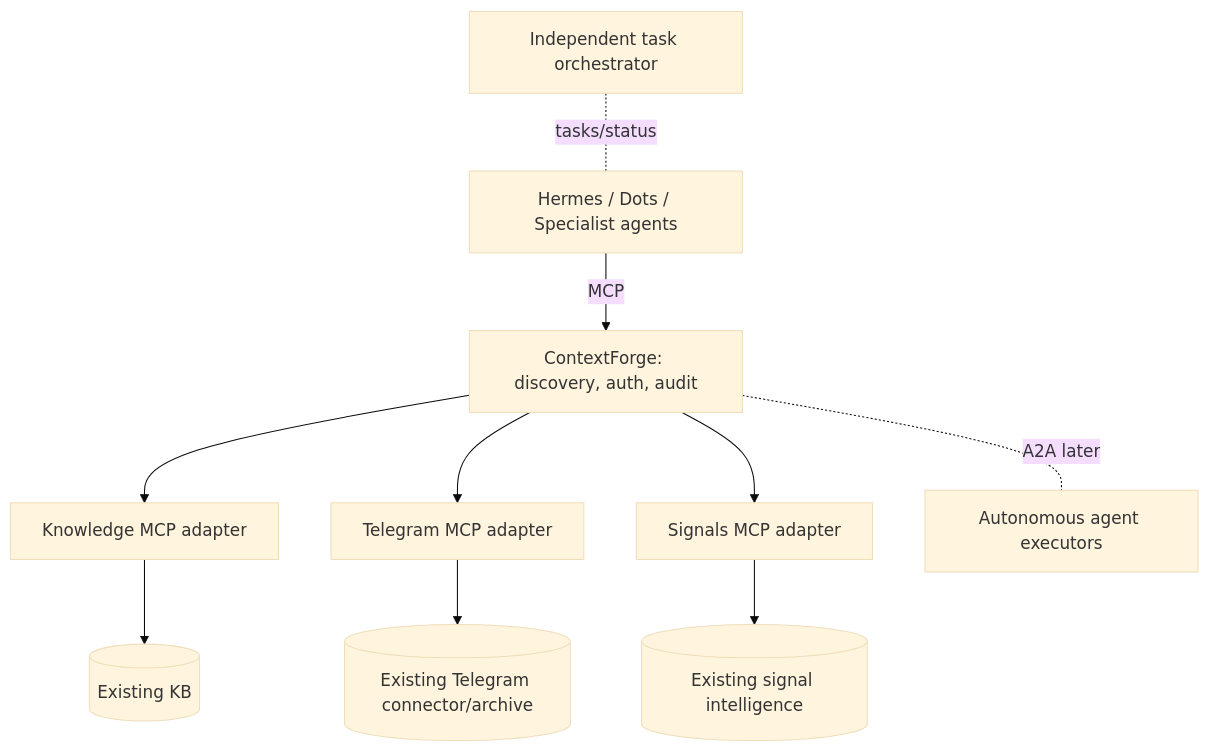
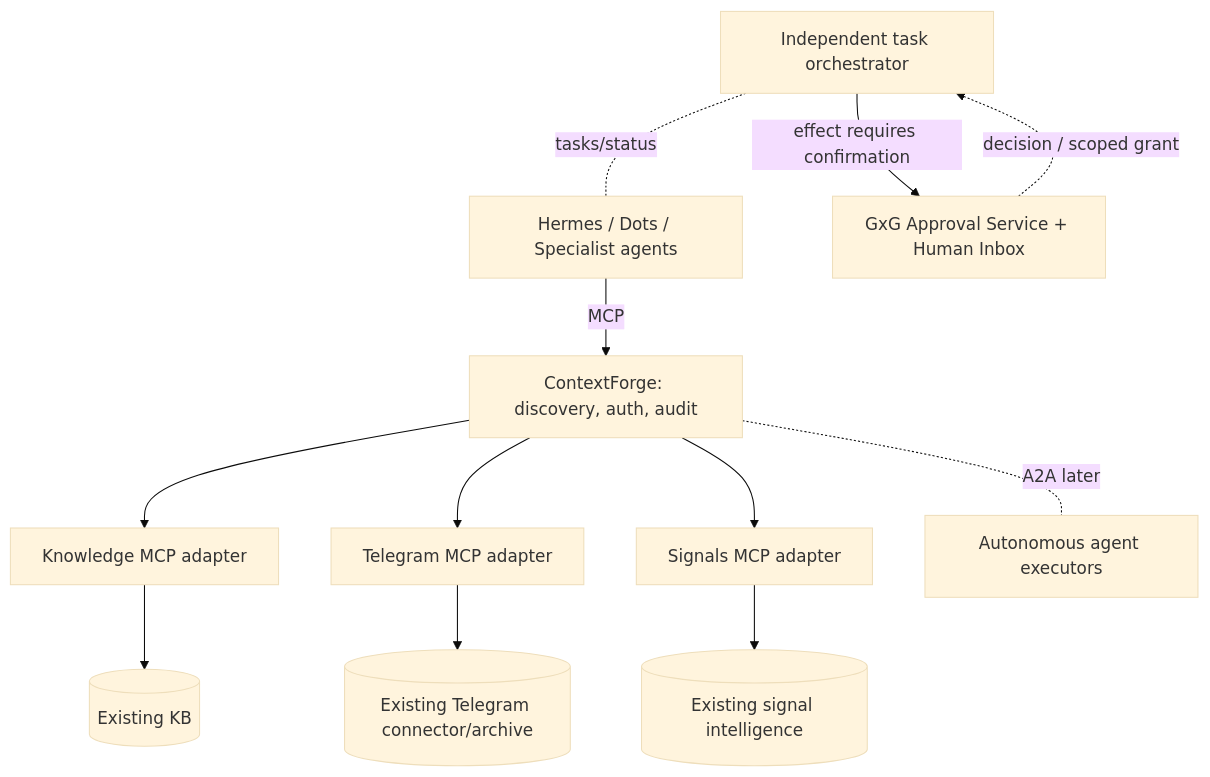
Before and after one commit to dmitry-v-ko/GxG-hub: the diagram in docs/ARCHITECTURE.md, drawn with Mermaid (base theme). The commit also changed other lines of this file, not shown here.

Commit message:
docs: align docs/ARCHITECTURE.md with connector toolkit and human approvals

````diff
--- a/docs/ARCHITECTURE.md
+++ b/docs/ARCHITECTURE.md
@@ -13,12 +15,14 @@
 ```mermaid
 flowchart TD
   agents["Hermes / Dots / Specialist agents"] -->|MCP| gateway["ContextForge: discovery, auth, audit"]
   gateway --> knowledge["Knowledge MCP adapter"]
   gateway --> telegram["Telegram MCP adapter"]
   gateway --> signals["Signals MCP adapter"]
   knowledge --> kb[("Existing KB")]
   telegram --> tg[("Existing Telegram connector/archive")]
   signals --> si[("Existing signal intelligence")]
   orchestrator["Independent task orchestrator"] -. "tasks/status" .- agents
   gateway -. "A2A later" .- delegates["Autonomous agent executors"]
+  orchestrator -->|effect requires confirmation| approval["GxG Approval Service + Human Inbox"]
+  approval -. "decision / scoped grant" .-> orchestrator
 ```
````
